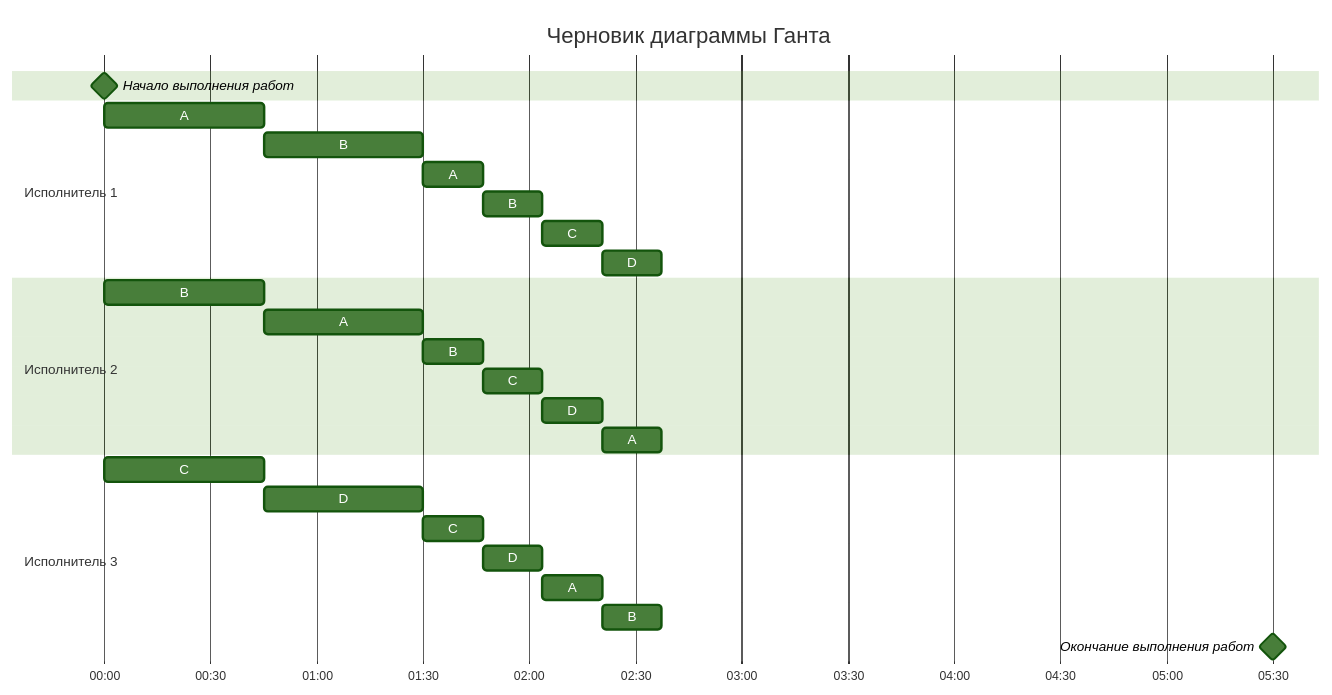
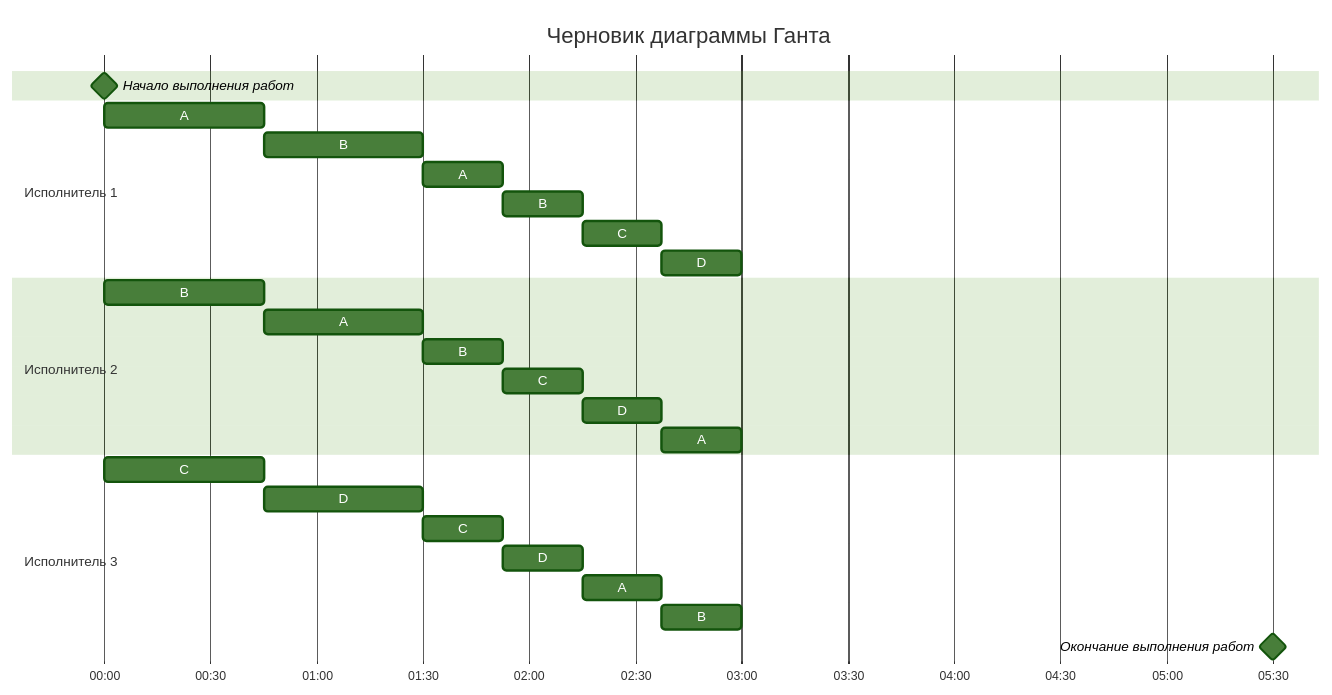
One commit to algos-ris-24-3/manual-tasks changed the second of 3 diagrams in Задание 5/syndicate.md. Above: the diagram before and after it, drawn with Mermaid (forest theme). The commit also changed other lines of this file, not shown here.

````diff
--- a/Задание 5/syndicate.md
+++ b/Задание 5/syndicate.md
@@ -119,29 +119,29 @@
 ```mermaid
 gantt
     title Черновик диаграммы Ганта
     dateFormat DD HH:mm    
     axisFormat %H:%M
     Начало выполнения работ : milestone, m1, 01 00:00, 0h
     section Исполнитель 1
     A         :a1, 01 00:00, 0.75h
     B         :a2, after a1, 0.75h
-    A         :a3, 01 01:30, 0.28125h
-    B         :a4, after a3, 0.28125h
-    C         :a5, after a4, 0.28125h
-    D         :a6, after a5, 0.28125h
+    A         :a3, 01 01:30, 0.375h
+    B         :a4, after a3, 0.375h
+    C         :a5, after a4, 0.375h
+    D         :a6, after a5, 0.375h
     section Исполнитель 2
     B         :b1, 01 00:00, 0.75h
     A         :b2, after b1, 0.75h
-    B         :b3, 01 01:30, 0.28125h
-    C         :b4, after b3, 0.28125h
-    D         :b5, after b4, 0.28125h
-    A         :b6, after b5, 0.28125h
+    B         :b3, 01 01:30, 0.375h
+    C         :b4, after b3, 0.375h
+    D         :b5, after b4, 0.375h
+    A         :b6, after b5, 0.375h
     section Исполнитель 3
     C         :c1, 01 00:00, 0.75h
     D         :c2, after b1, 0.75h
-    C         :c3, 01 01:30, 0.28125h
-    D         :c4, after c3, 0.28125h
-    A         :c5, after c4, 0.28125h
-    B         :c6, after c5, 0.28125h
+    C         :c3, 01 01:30, 0.375h
+    D         :c4, after c3, 0.375h
+    A         :c5, after c4, 0.375h
+    B         :c6, after c5, 0.375h
     Окончание выполнения работ : milestone, m2, 01 05:30, 0h
 ```
````
